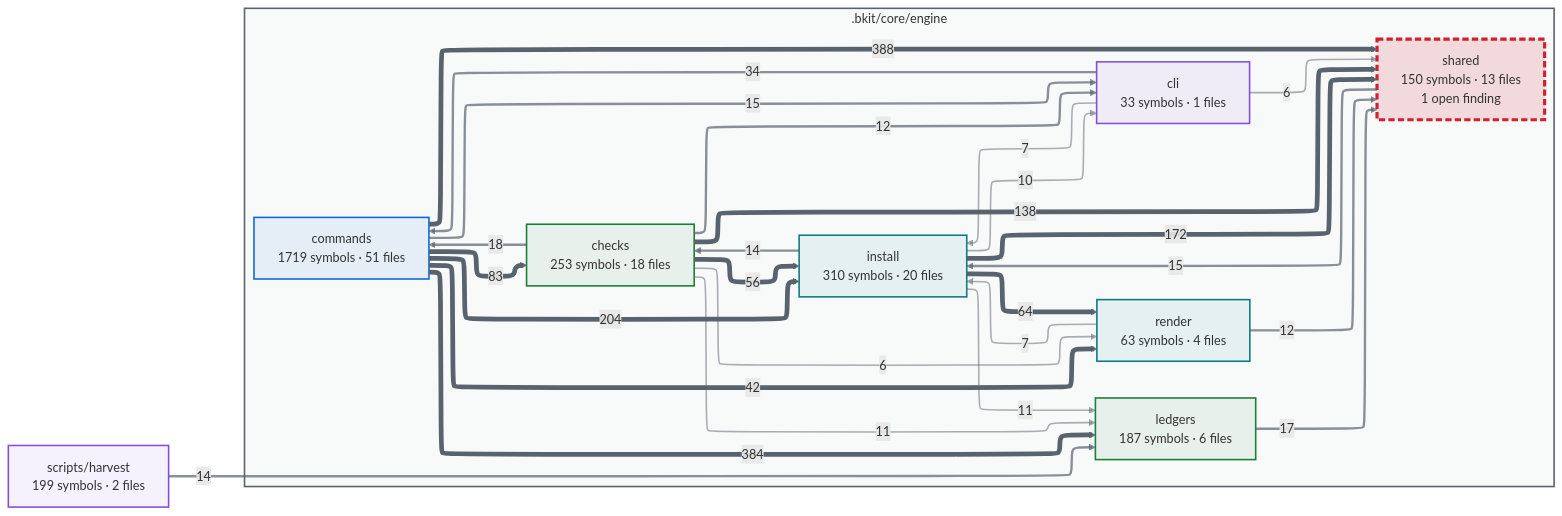
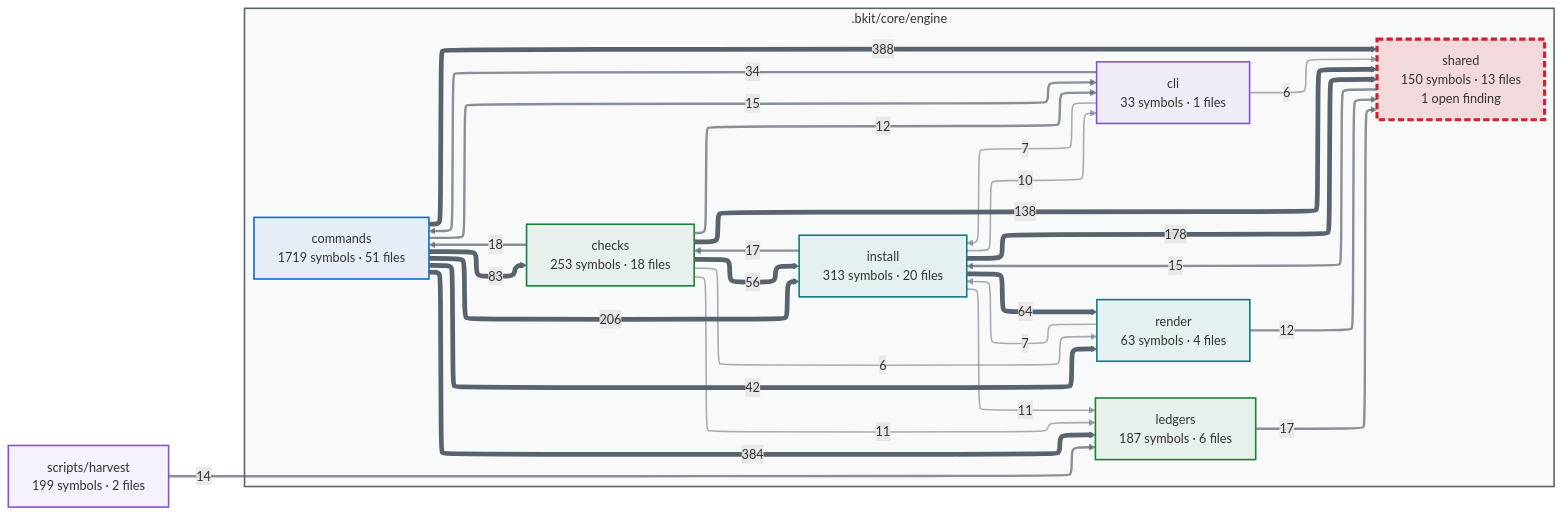
Before and after one commit to cbartens/bkit: the first of 2 diagrams in docs/capabilities.md, drawn with Mermaid. The commit also changed other lines of this file and 1 other file, not shown here.

Commit message:
chore(892-template-copies-bkit): rebuild docs/capabilities.md after merging dev

````diff
--- a/docs/capabilities.md
+++ b/docs/capabilities.md
@@ -154,80 +154,80 @@
 ```mermaid
 ---
 config:
   layout: elk
   themeCSS: "marker { overflow: visible; } marker path { transform: scale(1.8); transform-origin: 5px 5px; }"
   flowchart:
     useMaxWidth: false
 ---
 flowchart LR
   %% Generated by bkit-graphify-rollup.py — do not edit
   subgraph gn_bkit_core_engine[".bkit/core/engine"]
     n_bkit_core_engine_checks["checks<br/>253 symbols · 18 files"]
     n_bkit_core_engine_cli["cli<br/>33 symbols · 1 files"]
     n_bkit_core_engine_commands["commands<br/>1719 symbols · 51 files"]
-    n_bkit_core_engine_install["install<br/>310 symbols · 20 files"]
+    n_bkit_core_engine_install["install<br/>313 symbols · 20 files"]
     n_bkit_core_engine_ledgers["ledgers<br/>187 symbols · 6 files"]
     n_bkit_core_engine_render["render<br/>63 symbols · 4 files"]
     n_bkit_core_engine_shared["shared<br/>150 symbols · 13 files<br/>1 open finding"]
   end
   nscripts_harvest["scripts/harvest<br/>199 symbols · 2 files"]
   n_bkit_core_engine_commands -->|388| n_bkit_core_engine_shared
   n_bkit_core_engine_commands -->|384| n_bkit_core_engine_ledgers
-  n_bkit_core_engine_commands -->|204| n_bkit_core_engine_install
-  n_bkit_core_engine_install -->|172| n_bkit_core_engine_shared
+  n_bkit_core_engine_commands -->|206| n_bkit_core_engine_install
+  n_bkit_core_engine_install -->|178| n_bkit_core_engine_shared
   n_bkit_core_engine_checks -->|138| n_bkit_core_engine_shared
   n_bkit_core_engine_commands -->|83| n_bkit_core_engine_checks
   n_bkit_core_engine_install -->|64| n_bkit_core_engine_render
   n_bkit_core_engine_checks -->|56| n_bkit_core_engine_install
   n_bkit_core_engine_commands -->|42| n_bkit_core_engine_render
   n_bkit_core_engine_cli -->|34| n_bkit_core_engine_commands
   n_bkit_core_engine_checks -->|18| n_bkit_core_engine_commands
+  n_bkit_core_engine_install -->|17| n_bkit_core_engine_checks
   n_bkit_core_engine_ledgers -->|17| n_bkit_core_engine_shared
   n_bkit_core_engine_shared -->|15| n_bkit_core_engine_install
   n_bkit_core_engine_commands -->|15| n_bkit_core_engine_cli
-  n_bkit_core_engine_install -->|14| n_bkit_core_engine_checks
   nscripts_harvest -->|14| n_bkit_core_engine_ledgers
   n_bkit_core_engine_checks -->|12| n_bkit_core_engine_cli
   n_bkit_core_engine_render -->|12| n_bkit_core_engine_shared
   n_bkit_core_engine_checks -->|11| n_bkit_core_engine_ledgers
   n_bkit_core_engine_install -->|11| n_bkit_core_engine_ledgers
   n_bkit_core_engine_install -->|10| n_bkit_core_engine_cli
   n_bkit_core_engine_cli -->|7| n_bkit_core_engine_install
   n_bkit_core_engine_render -->|7| n_bkit_core_engine_install
   n_bkit_core_engine_checks -->|6| n_bkit_core_engine_render
   n_bkit_core_engine_cli -->|6| n_bkit_core_engine_shared
   style gn_bkit_core_engine fill:#59636e0a,stroke:#59636e,stroke-width:2px
   style n_bkit_core_engine_checks stroke:#1a7f37,stroke-width:2px,fill:#1a7f3714
   style n_bkit_core_engine_cli stroke:#8250df,stroke-width:2px,fill:#8250df14
   style n_bkit_core_engine_commands stroke:#0969da,stroke-width:2px,fill:#0969da14
   style n_bkit_core_engine_install stroke:#0a7b83,stroke-width:2px,fill:#0a7b8314
   style n_bkit_core_engine_ledgers stroke:#1a7f37,stroke-width:2px,fill:#1a7f3714
   style n_bkit_core_engine_render stroke:#0a7b83,stroke-width:2px,fill:#0a7b8314
   style n_bkit_core_engine_shared stroke:#cf222e,stroke-width:4px,stroke-dasharray:8 4,fill:#cf222e26
   style nscripts_harvest stroke:#8250df,stroke-width:2px,fill:#8250df14
   linkStyle 0 stroke:#59636e,stroke-width:6px
   linkStyle 1 stroke:#59636e,stroke-width:6px
   linkStyle 2 stroke:#59636e,stroke-width:6px
   linkStyle 3 stroke:#59636e,stroke-width:6px
   linkStyle 4 stroke:#59636e,stroke-width:6px
   linkStyle 5 stroke:#59636e,stroke-width:6px
   linkStyle 6 stroke:#59636e,stroke-width:6px
   linkStyle 7 stroke:#59636e,stroke-width:6px
   linkStyle 8 stroke:#59636e,stroke-width:6px
   linkStyle 9 stroke:#59636eb3,stroke-width:3px
   linkStyle 10 stroke:#59636eb3,stroke-width:3px
   linkStyle 11 stroke:#59636eb3,stroke-width:3px
   linkStyle 12 stroke:#59636eb3,stroke-width:3px
   linkStyle 13 stroke:#59636eb3,stroke-width:3px
   linkStyle 14 stroke:#59636eb3,stroke-width:3px
   linkStyle 15 stroke:#59636eb3,stroke-width:3px
   linkStyle 16 stroke:#59636eb3,stroke-width:3px
   linkStyle 17 stroke:#59636eb3,stroke-width:3px
   linkStyle 18 stroke:#59636e80,stroke-width:2px
   linkStyle 19 stroke:#59636e80,stroke-width:2px
   linkStyle 20 stroke:#59636e80,stroke-width:2px
   linkStyle 21 stroke:#59636e80,stroke-width:2px
   linkStyle 22 stroke:#59636e80,stroke-width:2px
   linkStyle 23 stroke:#59636e80,stroke-width:2px
   linkStyle 24 stroke:#59636e80,stroke-width:2px
 ```
````
